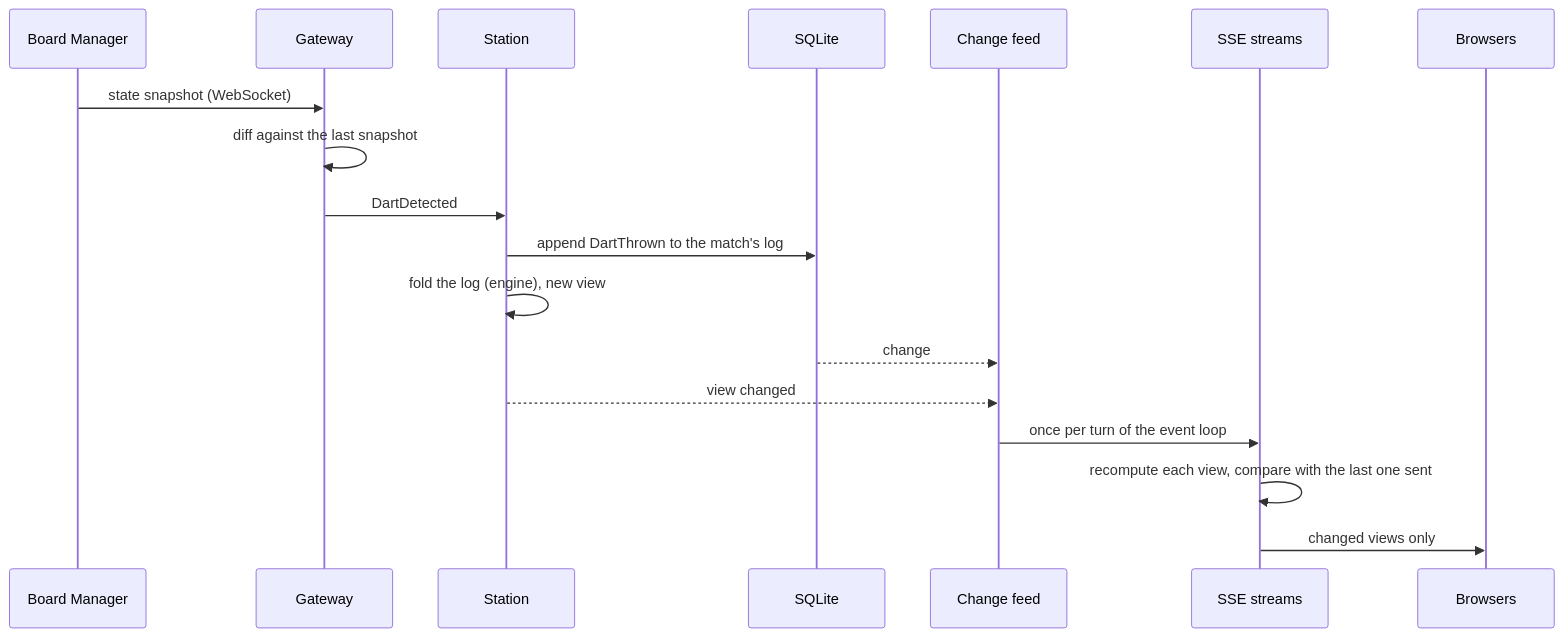
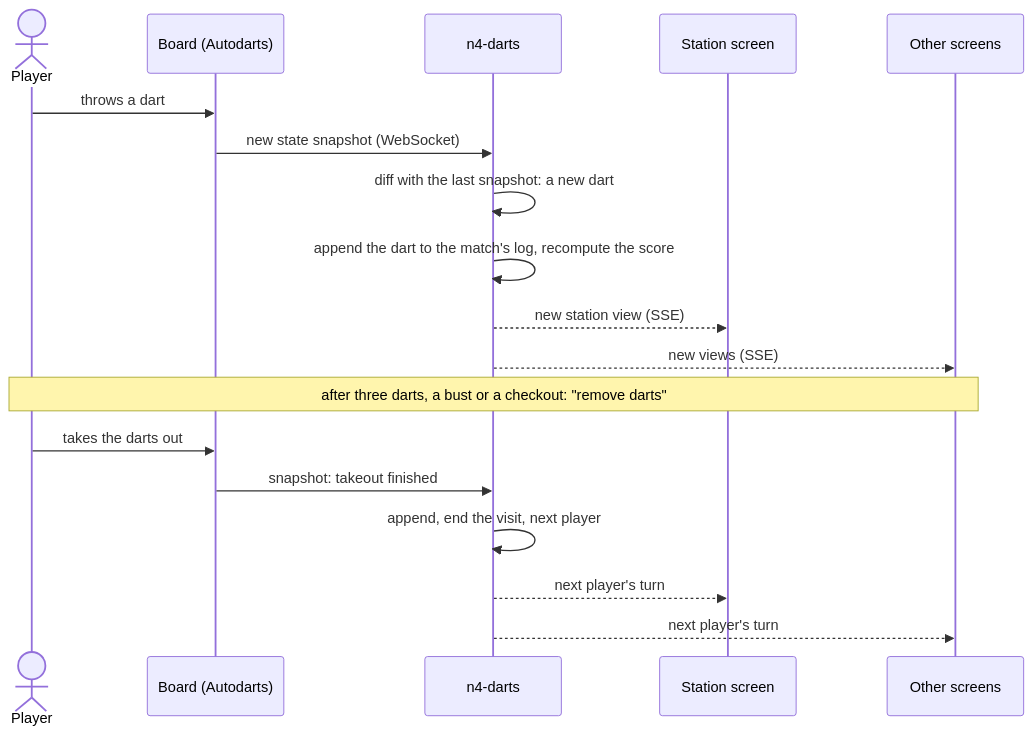
The first of 3 diagrams in docs/architecture/06-runtime-view.md (sverbach/n4-darts), drawn with Mermaid before and after one commit. The commit also changed other lines of this file and 1 other file, not shown here.

Commit message:
Runtime view: three scenarios, each with a high-level sequence diagram

````diff
--- a/docs/architecture/06-runtime-view.md
+++ b/docs/architecture/06-runtime-view.md
@@ -5,21 +7,21 @@
 ```mermaid
 sequenceDiagram
-    participant BM as Board Manager
-    participant GW as Gateway
-    participant ST as Station
-    participant DB as SQLite
-    participant LF as Change feed
-    participant SSE as SSE streams
-    participant BR as Browsers
+    actor P as Player
+    participant B as Board (Autodarts)
+    participant N as n4-darts
+    participant S as Station screen
+    participant O as Other screens
 
-    BM->>GW: state snapshot (WebSocket)
-    GW->>GW: diff against the last snapshot
-    GW->>ST: DartDetected
-    ST->>DB: append DartThrown to the match's log
-    ST->>ST: fold the log (engine), new view
-    DB-->>LF: change
-    ST-->>LF: view changed
-    LF->>SSE: once per turn of the event loop
-    SSE->>SSE: recompute each view, compare with the last one sent
-    SSE->>BR: changed views only
+    P->>B: throws a dart
+    B->>N: new state snapshot (WebSocket)
+    N->>N: diff with the last snapshot: a new dart
+    N->>N: append the dart to the match's log, recompute the score
+    N-->>S: new station view (SSE)
+    N-->>O: new views (SSE)
+    Note over P,O: after three darts, a bust or a checkout: "remove darts"
+    P->>B: takes the darts out
+    B->>N: snapshot: takeout finished
+    N->>N: append, end the visit, next player
+    N-->>S: next player's turn
+    N-->>O: next player's turn
 ```
````
